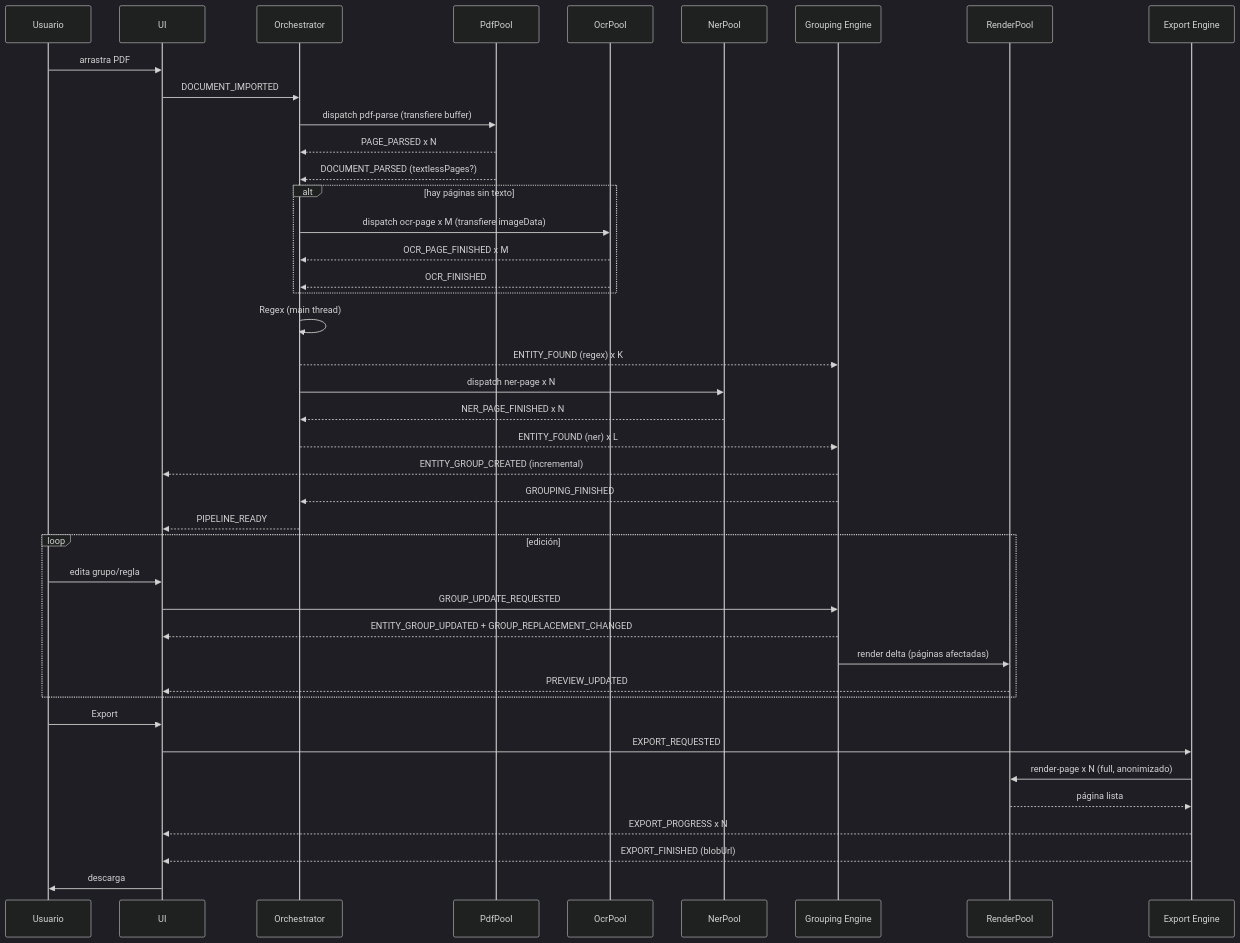
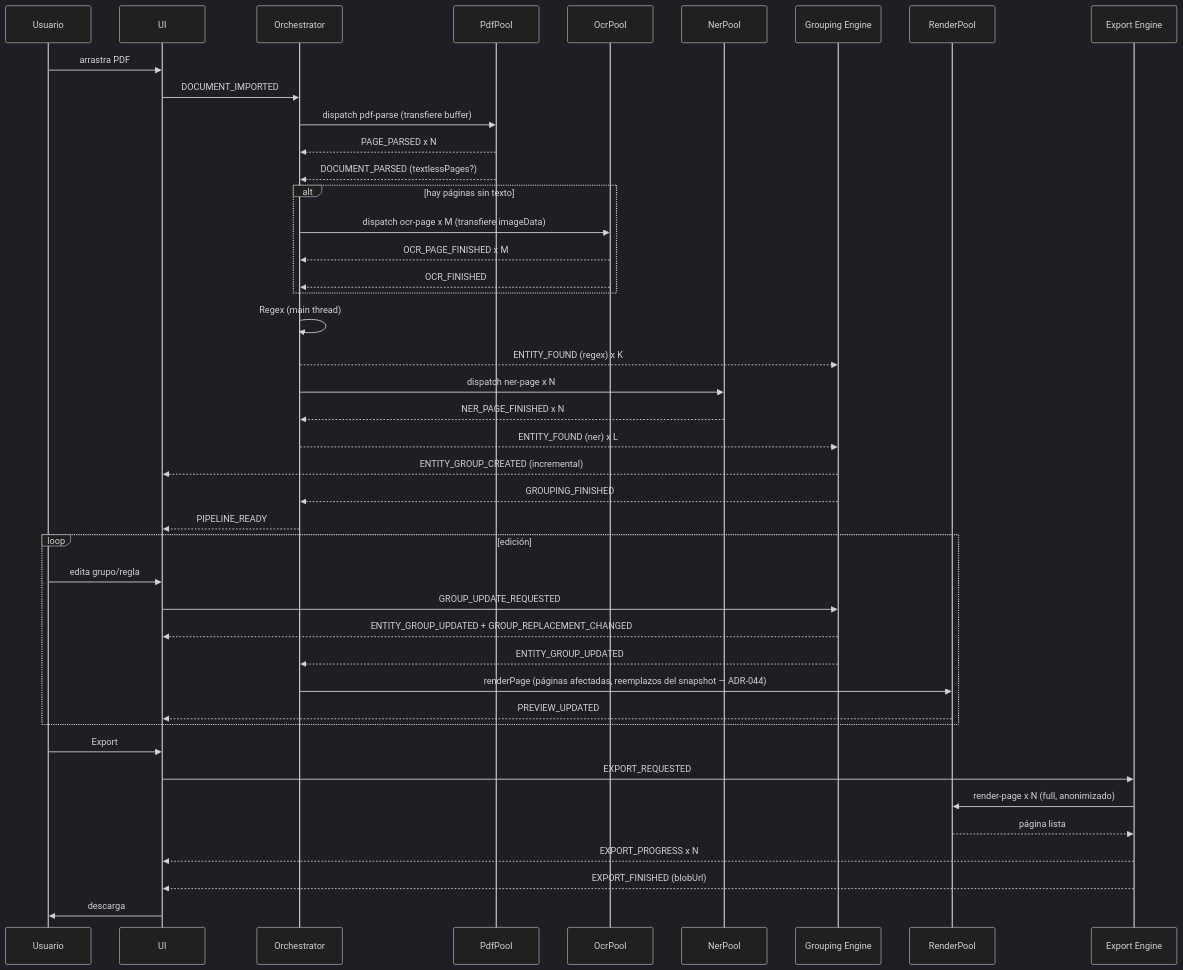
Before and after one commit to sgiambelluca/Anonly: the diagram in docs/architecture/06_Pipeline.md, drawn with Mermaid (dark theme). The commit also changed other lines of this file and 248 other files, not shown here.

````diff
--- a/docs/architecture/06_Pipeline.md
+++ b/docs/architecture/06_Pipeline.md
@@ -283,45 +283,46 @@
 ```mermaid
 sequenceDiagram
   participant U as Usuario
   participant UI
   participant Orch as Orchestrator
   participant PP as PdfPool
   participant OP as OcrPool
   participant NP as NerPool
   participant GE as Grouping Engine
   participant RP as RenderPool
   participant EE as Export Engine
 
   U->>UI: arrastra PDF
   UI->>Orch: DOCUMENT_IMPORTED
   Orch->>PP: dispatch pdf-parse (transfiere buffer)
   PP-->>Orch: PAGE_PARSED x N
   PP-->>Orch: DOCUMENT_PARSED (textlessPages?)
   alt hay páginas sin texto
     Orch->>OP: dispatch ocr-page x M (transfiere imageData)
     OP-->>Orch: OCR_PAGE_FINISHED x M
     OP-->>Orch: OCR_FINISHED
   end
   Orch->>Orch: Regex (main thread)
   Orch-->>GE: ENTITY_FOUND (regex) x K
   Orch->>NP: dispatch ner-page x N
   NP-->>Orch: NER_PAGE_FINISHED x N
   Orch-->>GE: ENTITY_FOUND (ner) x L
   GE-->>UI: ENTITY_GROUP_CREATED (incremental)
   GE-->>Orch: GROUPING_FINISHED
   Orch-->>UI: PIPELINE_READY
   loop edición
     U->>UI: edita grupo/regla
     UI->>GE: GROUP_UPDATE_REQUESTED
     GE-->>UI: ENTITY_GROUP_UPDATED + GROUP_REPLACEMENT_CHANGED
-    GE->>RP: render delta (páginas afectadas)
+    GE-->>Orch: ENTITY_GROUP_UPDATED
+    Orch->>RP: renderPage (páginas afectadas, reemplazos del snapshot — ADR-044)
     RP-->>UI: PREVIEW_UPDATED
   end
   U->>UI: Export
   UI->>EE: EXPORT_REQUESTED
   EE->>RP: render-page x N (full, anonimizado)
   RP-->>EE: página lista
   EE-->>UI: EXPORT_PROGRESS x N
   EE-->>UI: EXPORT_FINISHED (blobUrl)
   UI->>U: descarga
 ```
````
